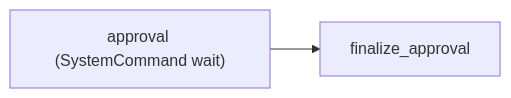
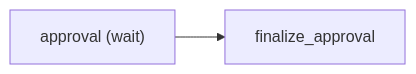
The second of 2 diagrams in examples/authoring/README.md (lilislight/AutoAgent), drawn with Mermaid before and after one commit. The commit also changed other lines of this file and 16 other files, not shown here.

````diff
--- a/examples/authoring/README.md
+++ b/examples/authoring/README.md
@@ -84,4 +86,4 @@
 ```mermaid
 flowchart LR
-    wait["approval (SystemCommand wait)"] --> final["finalize_approval"]
+    wait["approval (wait)"] --> final["finalize_approval"]
 ```
````
